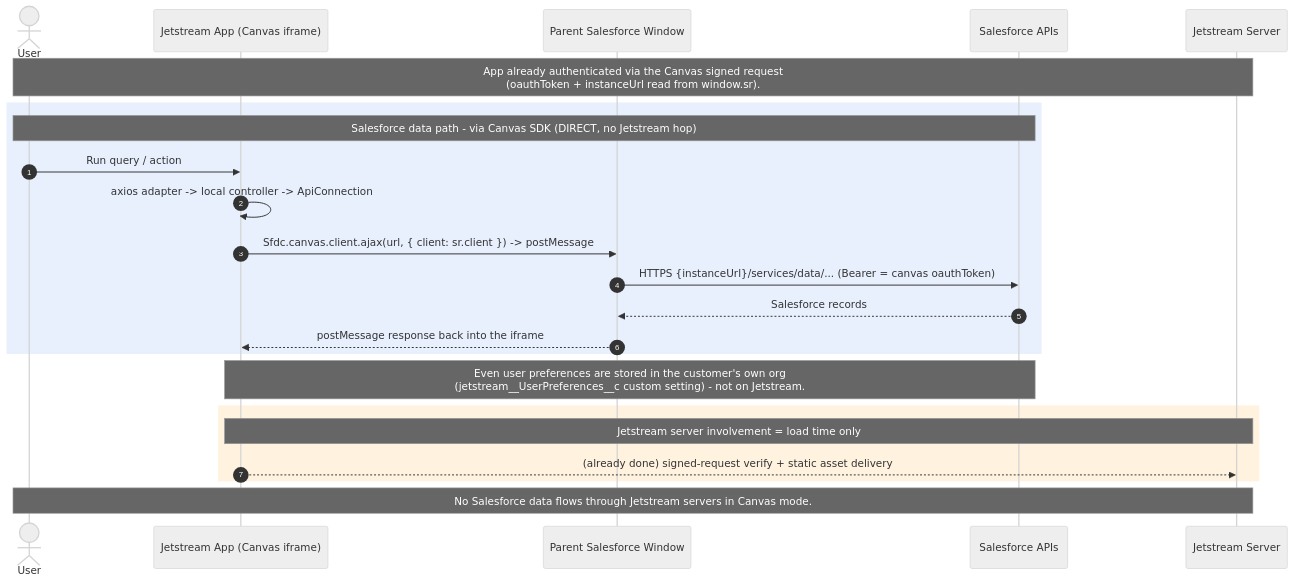
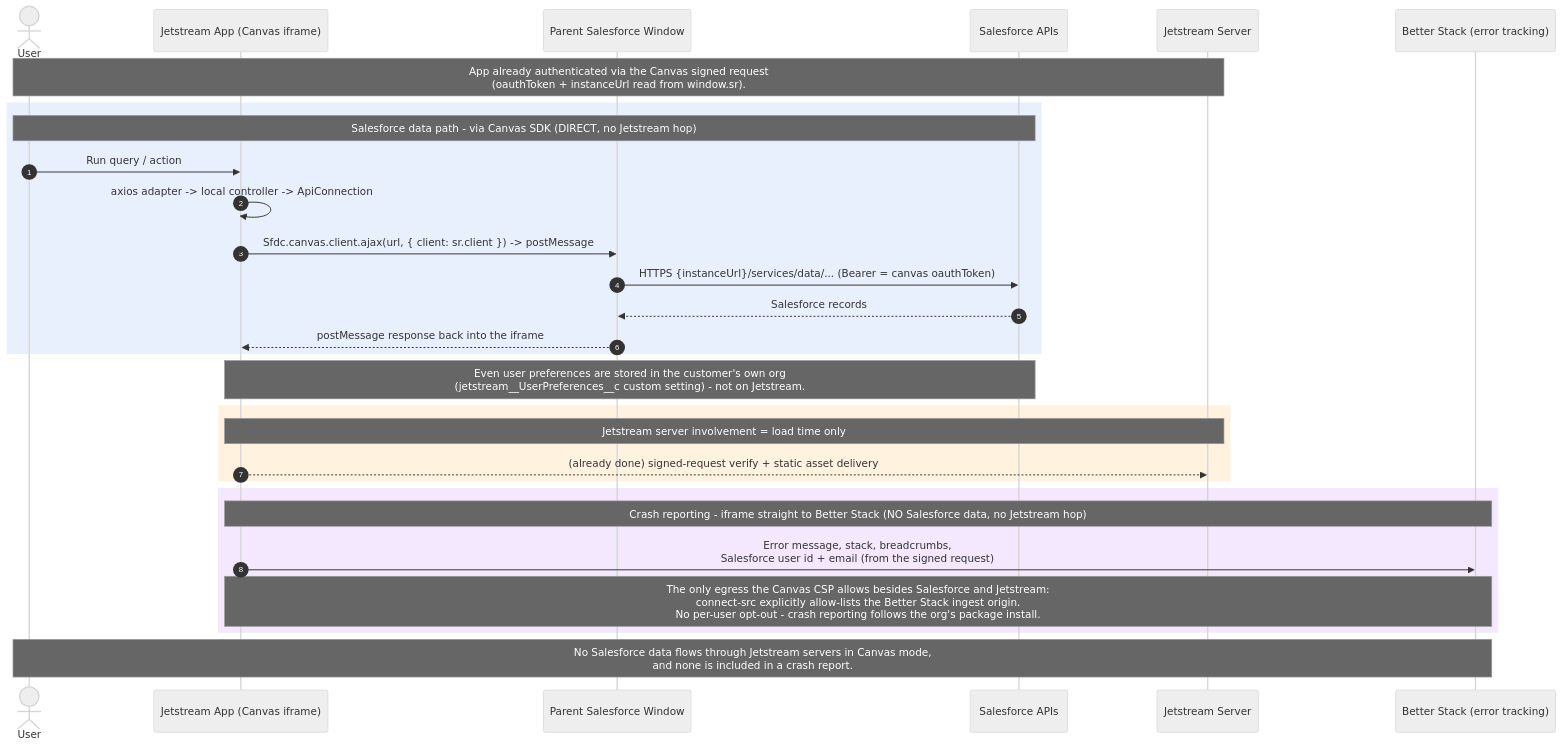
One commit to jetstreamapp/jetstream changed the diagram in docs/security/data-flow-diagrams/23-sfdata-canvas.mmd. Above: the diagram before and after it, drawn with Mermaid (neutral theme). The commit also changed 21 other files, not shown here.

Commit message:
chore: update data flow diagrams to include error tracking

```diff
--- a/docs/security/data-flow-diagrams/23-sfdata-canvas.mmd
+++ b/docs/security/data-flow-diagrams/23-sfdata-canvas.mmd
@@ -1,30 +1,37 @@
 sequenceDiagram
     autonumber
     actor U as User
     participant IF as Jetstream App (Canvas iframe)
     participant PW as Parent Salesforce Window
     participant SF as Salesforce APIs
     participant API as Jetstream Server
+    participant BS as Better Stack (error tracking)
 
     Note over U,API: App already authenticated via the Canvas signed request<br/>(oauthToken + instanceUrl read from window.sr).
 
     rect rgb(232, 240, 254)
     Note over U,SF: Salesforce data path - via Canvas SDK (DIRECT, no Jetstream hop)
     U->>IF: Run query / action
     IF->>IF: axios adapter -> local controller -> ApiConnection
     IF->>PW: Sfdc.canvas.client.ajax(url, { client: sr.client }) -> postMessage
     PW->>SF: HTTPS {instanceUrl}/services/data/... (Bearer = canvas oauthToken)
     SF-->>PW: Salesforce records
     PW-->>IF: postMessage response back into the iframe
     end
 
     %% NOTE: `jetstream__UserPreferences__c` — draw.io's Mermaid engine strips the `__`
     %% as Markdown bold when generating the .drawio; regenerate.sh restores it afterward.
     Note over IF,SF: Even user preferences are stored in the customer's own org<br/>(jetstream__UserPreferences__c custom setting) - not on Jetstream.
 
     rect rgb(255, 243, 224)
     Note over IF,API: Jetstream server involvement = load time only
     IF-->>API: (already done) signed-request verify + static asset delivery
     end
 
-    Note over U,API: No Salesforce data flows through Jetstream servers in Canvas mode.
+    rect rgb(243, 232, 253)
+    Note over IF,BS: Crash reporting - iframe straight to Better Stack (NO Salesforce data, no Jetstream hop)
+    IF->>BS: Error message, stack, breadcrumbs,<br/>Salesforce user id + email (from the signed request)
+    Note over IF,BS: The only egress the Canvas CSP allows besides Salesforce and Jetstream:<br/>connect-src explicitly allow-lists the Better Stack ingest origin.<br/>No per-user opt-out - crash reporting follows the org's package install.
+    end
+
+    Note over U,BS: No Salesforce data flows through Jetstream servers in Canvas mode,<br/>and none is included in a crash report.
```
